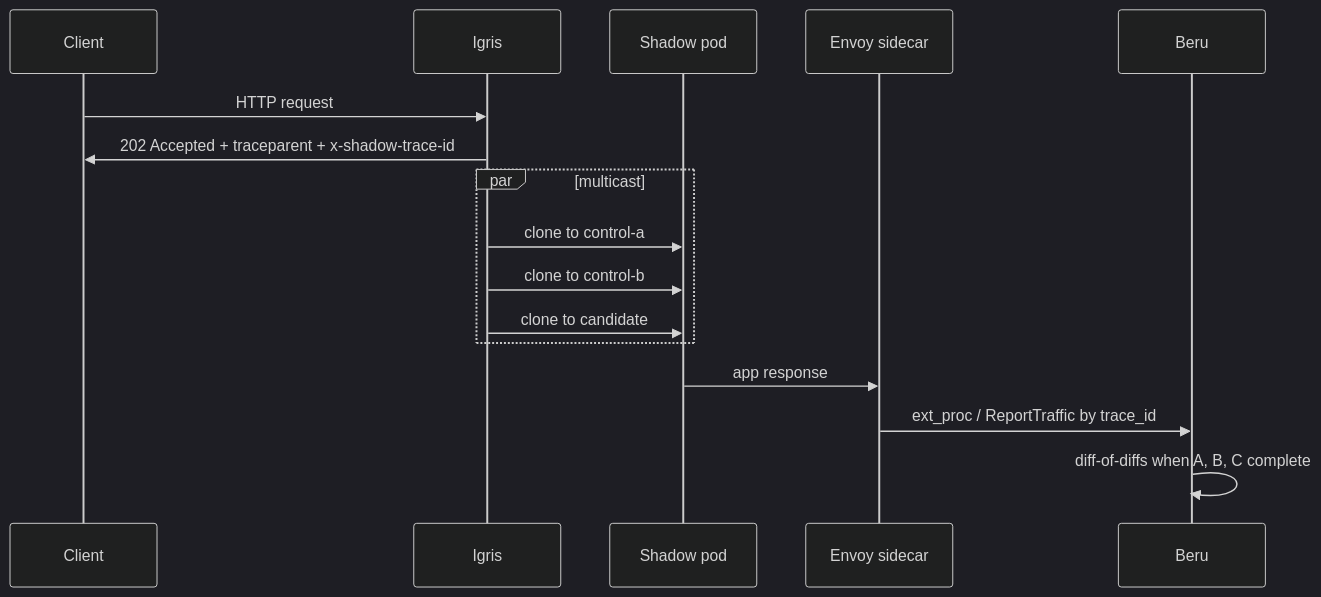
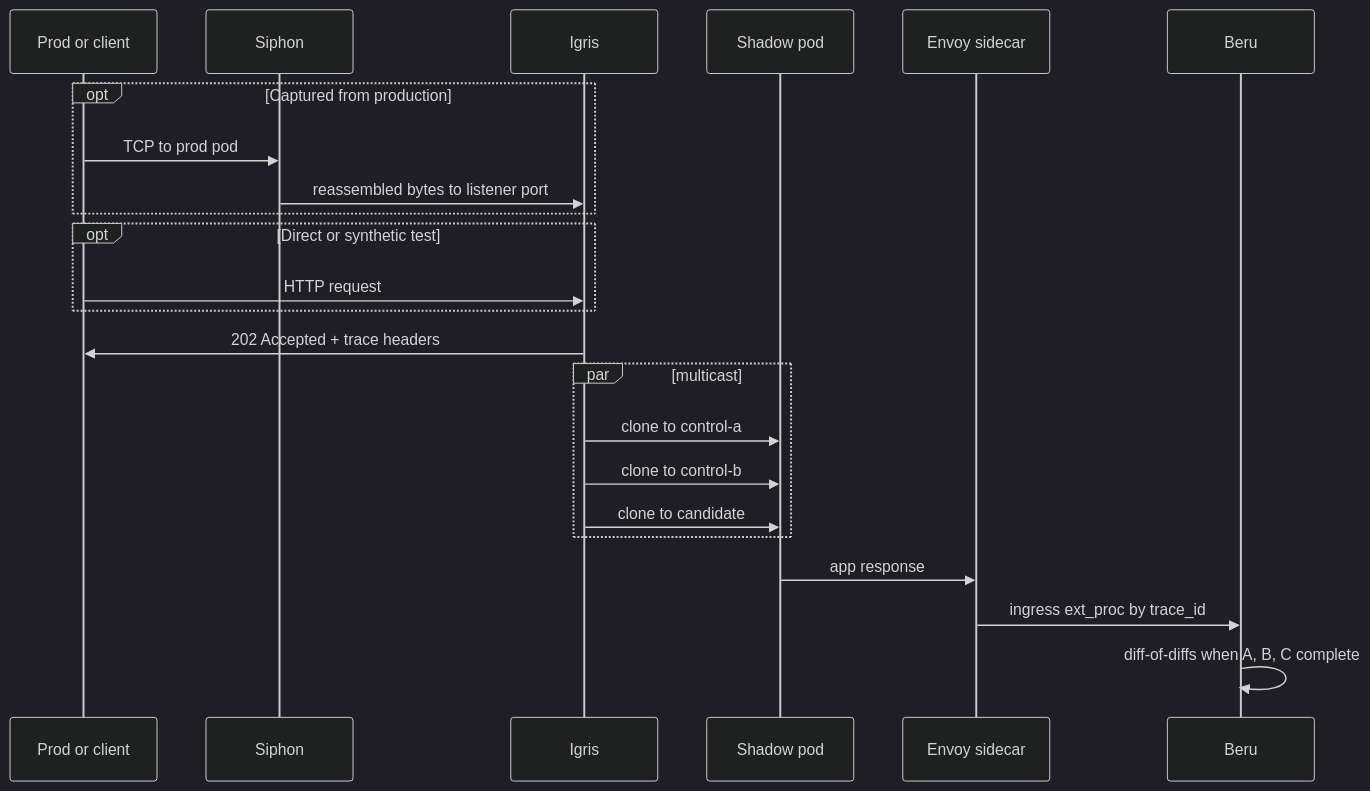
The third of 5 diagrams in docs/architecture/ARCHITECTURE.md (nederrgo/shadow-diff), drawn with Mermaid (dark theme) before and after one commit. The commit also changed other lines of this file and 4 other files, not shown here.

````diff
--- a/docs/architecture/ARCHITECTURE.md
+++ b/docs/architecture/ARCHITECTURE.md
@@ -97,19 +230,26 @@
 ```mermaid
 sequenceDiagram
-  participant C as Client
+  participant P as Prod or client
+  participant S as Siphon
   participant I as Igris
-  participant S as Shadow pod
+  participant Sh as Shadow pod
   participant E as Envoy sidecar
   participant B as Beru
 
-  C->>I: HTTP request
-  I->>C: 202 Accepted + traceparent + x-shadow-trace-id
+  opt Captured from production
+    P->>S: TCP to prod pod
+    S->>I: reassembled bytes to listener port
+  end
+  opt Direct or synthetic test
+    P->>I: HTTP request
+  end
+  I->>P: 202 Accepted + trace headers
   par multicast
-    I->>S: clone to control-a
-    I->>S: clone to control-b
-    I->>S: clone to candidate
+    I->>Sh: clone to control-a
+    I->>Sh: clone to control-b
+    I->>Sh: clone to candidate
   end
-  S->>E: app response
-  E->>B: ext_proc / ReportTraffic by trace_id
+  Sh->>E: app response
+  E->>B: ingress ext_proc by trace_id
   B->>B: diff-of-diffs when A, B, C complete
 ```
````
